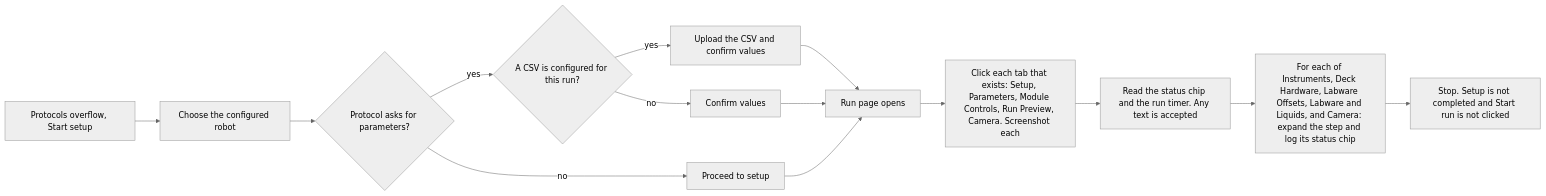
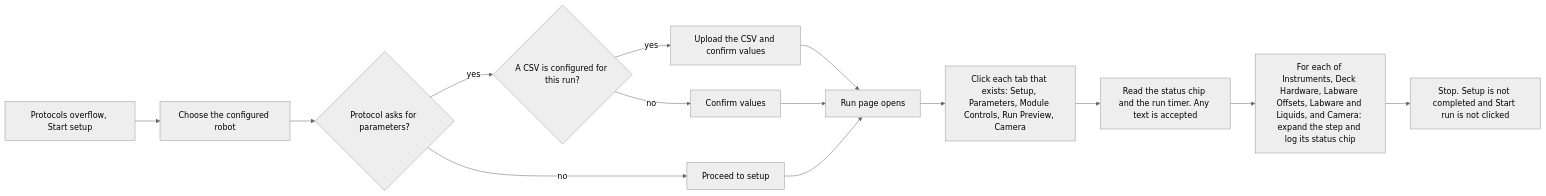
The ninth of 12 diagrams in TEST_FLOWS_APP.md (Opentrons/AppE2E), drawn with Mermaid (neutral theme) before and after one commit. The commit also changed other lines of this file and 33 other files, not shown here.

Commit message:
We are removing all screenshots that are unnecessary per the new architecture

````diff
--- a/TEST_FLOWS_APP.md
+++ b/TEST_FLOWS_APP.md
@@ -217,16 +217,16 @@
 ```mermaid
 flowchart LR
   setup["Protocols overflow, Start setup"] --> robot["Choose the configured robot"]
   robot --> params{"Protocol asks for parameters?"}
   params -->|yes| csv{"A CSV is configured for this run?"}
   csv -->|yes| upload["Upload the CSV and confirm values"]
   csv -->|no| confirm["Confirm values"]
   params -->|no| proceed["Proceed to setup"]
   upload --> runPage
   confirm --> runPage
   proceed --> runPage["Run page opens"]
-  runPage --> shot["Click each tab that exists: Setup, Parameters, Module Controls, Run Preview, Camera. Screenshot each"]
-  shot --> header["Read the status chip and the run timer. Any text is accepted"]
+  runPage --> tabs["Click each tab that exists: Setup, Parameters, Module Controls, Run Preview, Camera"]
+  tabs --> header["Read the status chip and the run timer. Any text is accepted"]
   header --> steps["For each of Instruments, Deck Hardware, Labware Offsets, Labware and Liquids, and Camera: expand the step and log its status chip"]
   steps --> stop["Stop. Setup is not completed and Start run is not clicked"]
 ```
````
